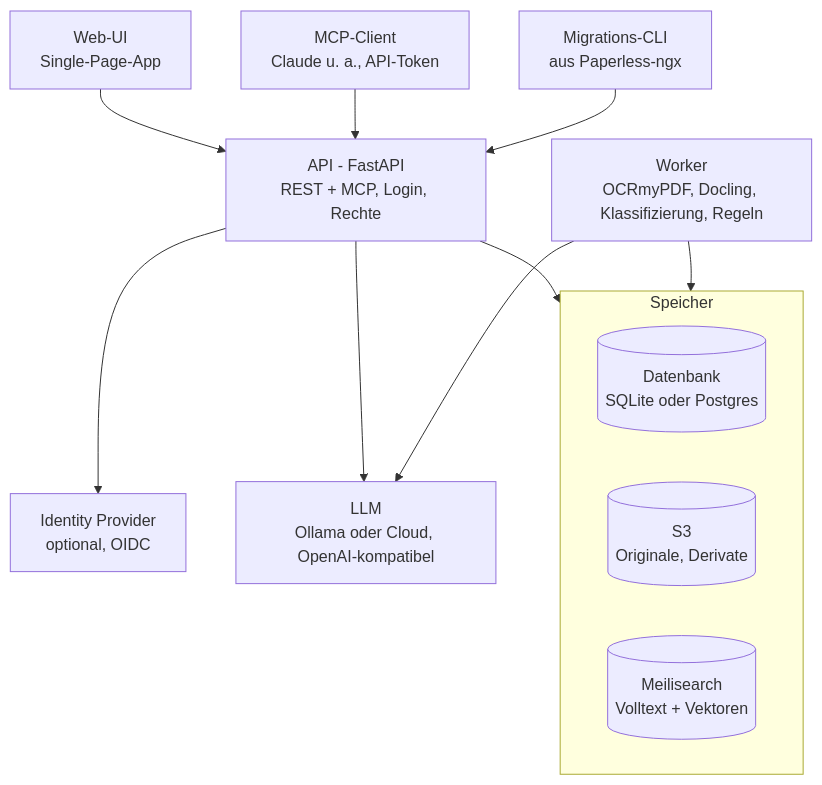
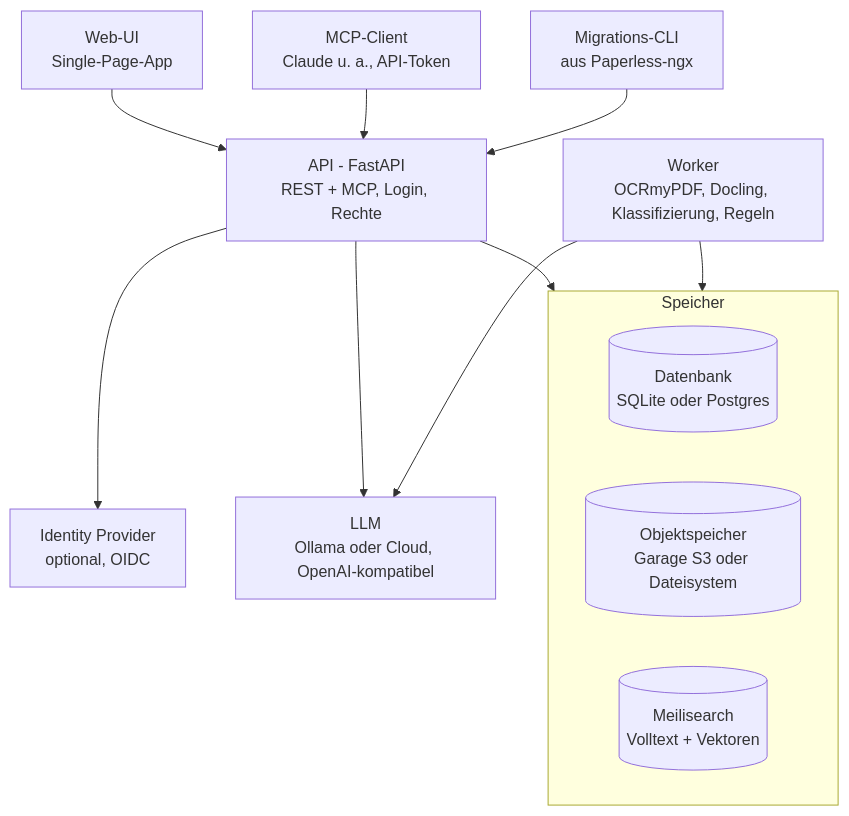
The diagram in .idea/architektur.md (tb1337/papiq), drawn with Mermaid before and after one commit. The commit also changed other lines of this file and 4 other files, not shown here.

````diff
--- a/.idea/architektur.md
+++ b/.idea/architektur.md
@@ -22,23 +22,23 @@
 ```mermaid
 flowchart TB
     ui[Web-UI<br/>Single-Page-App]
     mcp[MCP-Client<br/>Claude u. a., API-Token]
     cli[Migrations-CLI<br/>aus Paperless-ngx]
     api[API - FastAPI<br/>REST + MCP, Login, Rechte]
     idp[Identity Provider<br/>optional, OIDC]
     worker[Worker<br/>OCRmyPDF, Docling, Klassifizierung, Regeln]
     llm[LLM<br/>Ollama oder Cloud, OpenAI-kompatibel]
     subgraph speicher[Speicher]
         db[(Datenbank<br/>SQLite oder Postgres)]
-        s3[(S3<br/>Originale, Derivate)]
+        s3[(Objektspeicher<br/>Garage S3 oder Dateisystem)]
         search[(Meilisearch<br/>Volltext + Vektoren)]
     end
     ui --> api
     mcp --> api
     cli --> api
     api --> idp
     api --> llm
     worker --> llm
     api --> speicher
     worker --> speicher
 ```
````
